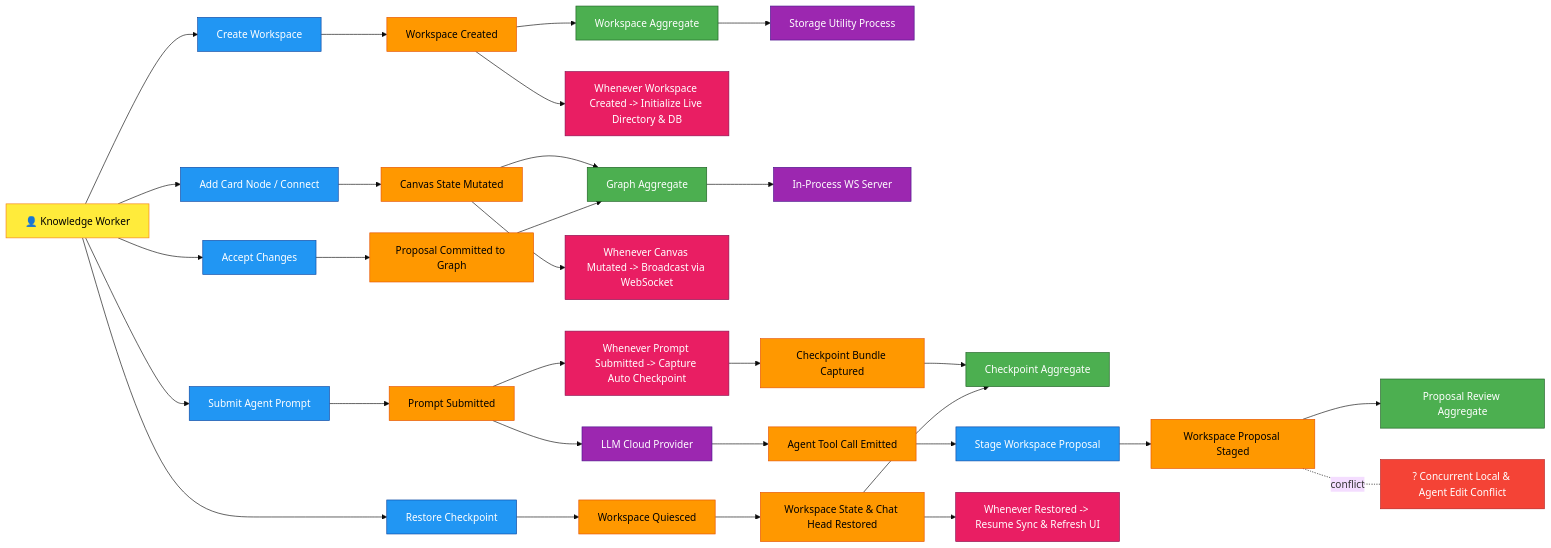
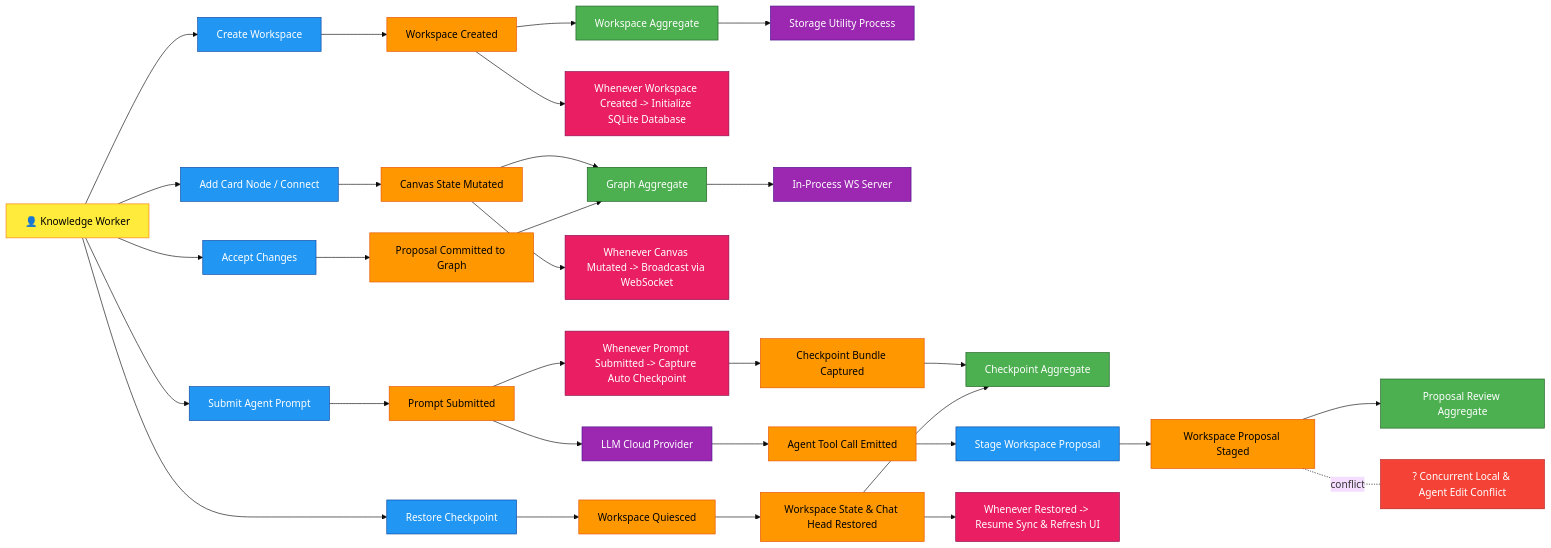
Before and after one commit to Goldwaterfung/Collaragent: the second of 17 diagrams in docs/design-catalog/README.md, drawn with Mermaid (base theme). The commit also changed other lines of this file and 90 other files, not shown here.

```diff
--- a/docs/design-catalog/README.md
+++ b/docs/design-catalog/README.md
@@ -113,7 +114,7 @@
     CmdCreateWS[Create Workspace]:::command
     EvtWSCreated[Workspace Created]:::event
     AggWS[Workspace Aggregate]:::aggregate
-    PolInitWS[Whenever Workspace Created -> Initialize Live Directory & DB]:::policy
+    PolInitWS[Whenever Workspace Created -> Initialize SQLite Database]:::policy
     SysUtility[Storage Utility Process]:::system
 
     User --> CmdCreateWS
```
